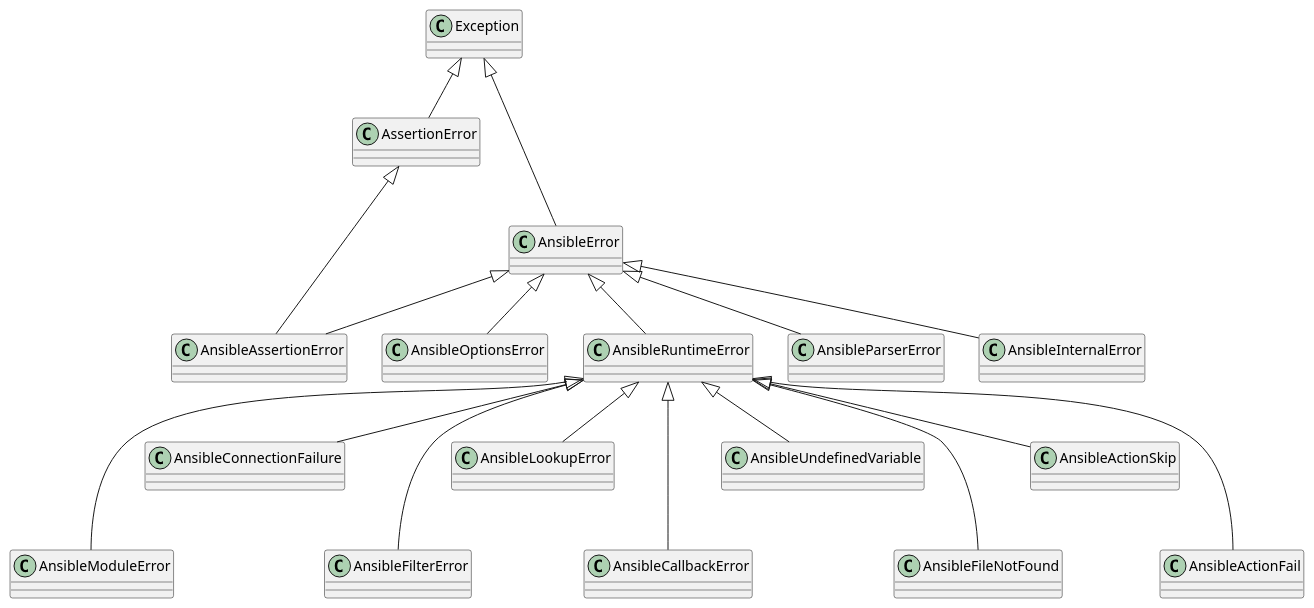
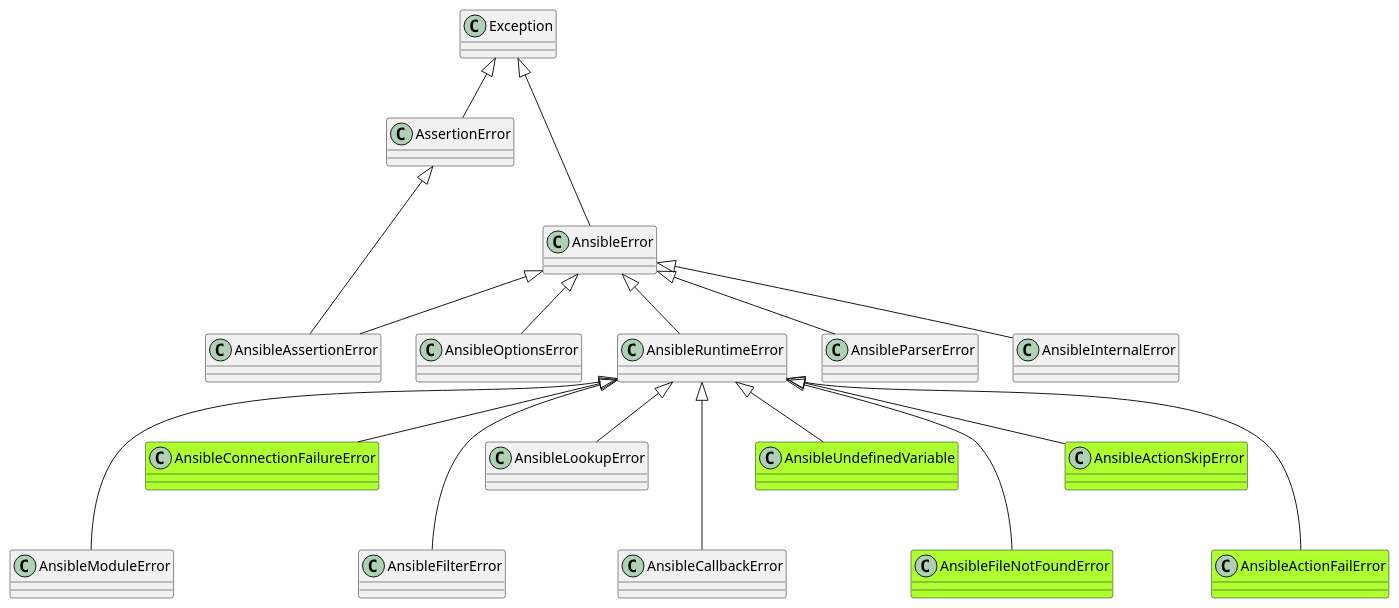
The diagram in project/uml/AnsibleErrors.puml (ezequiels/nazz), drawn with PlantUML before and after one commit.

Commit message:
Revise AnsibleErrors to have consistent names. Add Domain Layer class diagram.

```diff
--- a/project/uml/AnsibleErrors.puml
+++ b/project/uml/AnsibleErrors.puml
@@ -1,23 +1,28 @@
 @startuml
 
 class Exception
 
 Exception <|-- AssertionError
 Exception <|--- AnsibleError
 AssertionError <|-- AnsibleAssertionError
 AnsibleError <|-- AnsibleAssertionError
 AnsibleError <|-- AnsibleOptionsError
 AnsibleError <|-- AnsibleRuntimeError
 AnsibleError <|--  AnsibleParserError
 AnsibleError <|-- AnsibleInternalError
 AnsibleRuntimeError <|--- AnsibleModuleError
-AnsibleRuntimeError <|-- AnsibleConnectionFailure
+class AnsibleConnectionFailureError #greenyellow
+AnsibleRuntimeError <|-- AnsibleConnectionFailureError
 AnsibleRuntimeError <|--- AnsibleFilterError
 AnsibleRuntimeError <|-- AnsibleLookupError
 AnsibleRuntimeError <|--- AnsibleCallbackError
+class AnsibleUndefinedVariable #greenyellow
 AnsibleRuntimeError <|-- AnsibleUndefinedVariable
-AnsibleRuntimeError <|--- AnsibleFileNotFound
-AnsibleRuntimeError <|-- AnsibleActionSkip
-AnsibleRuntimeError <|--- AnsibleActionFail
+class AnsibleFileNotFoundError #greenyellow
+AnsibleRuntimeError <|--- AnsibleFileNotFoundError
+class AnsibleActionSkipError #greenyellow
+AnsibleRuntimeError <|-- AnsibleActionSkipError
+class AnsibleActionFailError #greenyellow
+AnsibleRuntimeError <|--- AnsibleActionFailError
 
 @enduml
```
